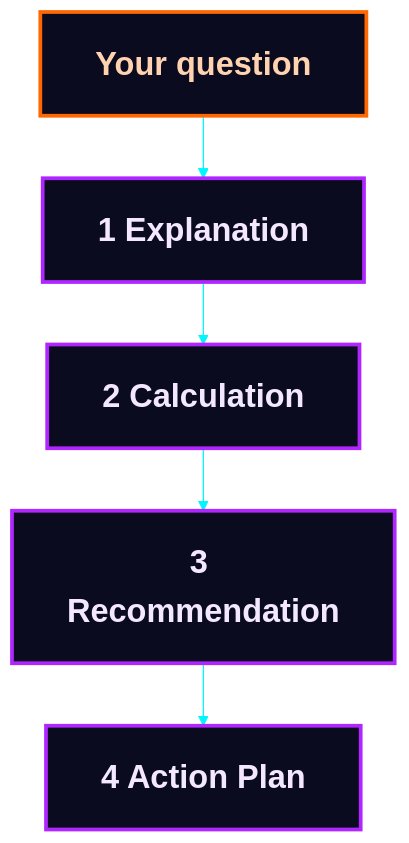
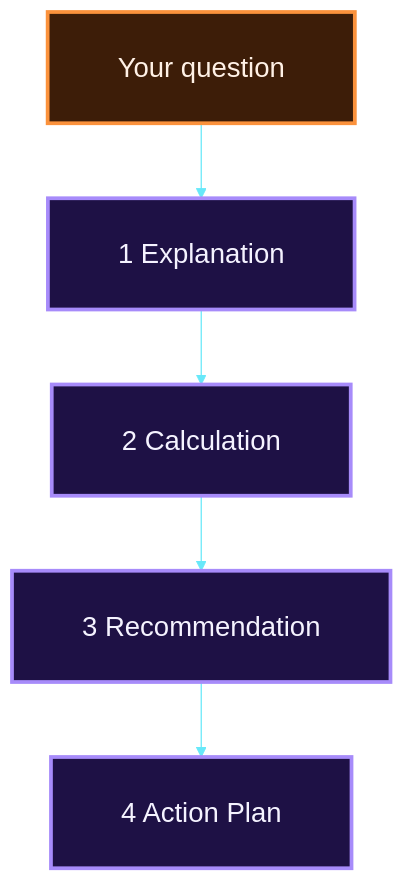
One commit to Mansi232323/MANSHORA changed the tenth of 13 diagrams in README.md. Above: the diagram before and after it, drawn with Mermaid. The commit also changed other lines of this file, not shown here.

````diff
--- a/README.md
+++ b/README.md
@@ -370,9 +375,9 @@
 ```mermaid
-%%{init: {'theme':'base','themeVariables':{'fontSize':'26px','lineColor':'#00f5ff','clusterBkg':'#0b0b1f','clusterBorder':'#ff00e5','titleColor':'#ff00e5','edgeLabelBackground':'#0b0b1f'},'flowchart':{'nodeSpacing':40,'rankSpacing':50,'padding':22,'htmlLabels':true}}}%%
+%%{init: {'theme':'base','themeVariables':{'fontSize':'22px','fontFamily':'Arial, Helvetica, sans-serif','lineColor':'#67e8f9','clusterBkg':'#0f0f2b','clusterBorder':'#a78bfa','titleColor':'#e9d5ff','edgeLabelBackground':'#0f0f2b'},'flowchart':{'nodeSpacing':45,'rankSpacing':60,'padding':28,'htmlLabels':false,'useMaxWidth':true}}}%%
 flowchart TB
-    Q["<b>Your question</b>"] --> E["<b>1 Explanation</b>"] --> C["<b>2 Calculation</b>"] --> R["<b>3 Recommendation</b>"] --> A["<b>4 Action Plan</b>"]
-    classDef a fill:#0b0b1f,stroke:#b026ff,stroke-width:3px,color:#f3e8ff
-    classDef q fill:#0b0b1f,stroke:#ff6700,stroke-width:3px,color:#ffd2b0
+    Q["Your question"] --> E["1 Explanation"] --> C["2 Calculation"] --> R["3 Recommendation"] --> A["4 Action Plan"]
+    classDef a fill:#1e1145,stroke:#a78bfa,stroke-width:3px,color:#f5f3ff
+    classDef q fill:#3d1d08,stroke:#fb923c,stroke-width:3px,color:#fff1e6
     class E,C,R,A a
     class Q q
 ```
````
